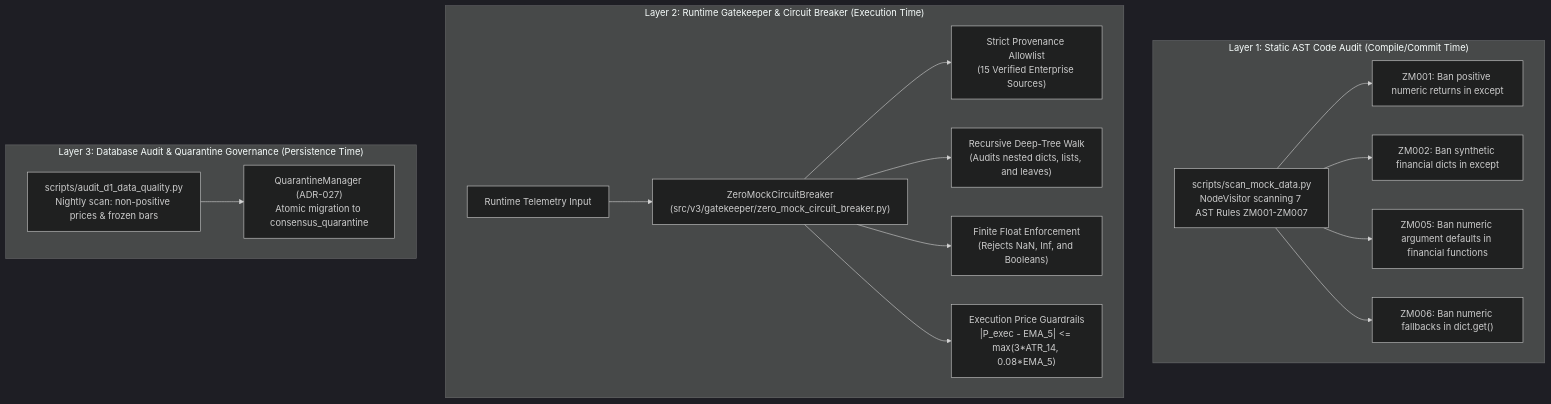
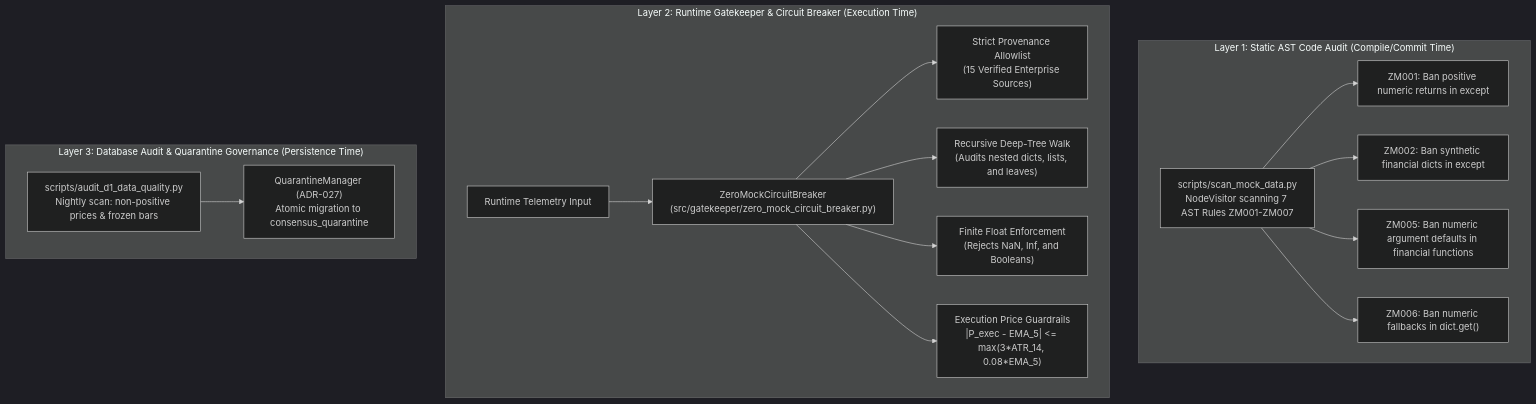
Before and after one commit to bdchang403/AI_Software_Foundations: the ninth of 11 diagrams in templates_and_resources/stories/autonomous_agentic_quant_engineering_master_guide.md, drawn with Mermaid (dark theme). The commit also changed other lines of this file and 64 other files, not shown here.

````diff
--- a/templates_and_resources/stories/autonomous_agentic_quant_engineering_master_guide.md
+++ b/templates_and_resources/stories/autonomous_agentic_quant_engineering_master_guide.md
@@ -2378,31 +2378,31 @@
 ```mermaid
 flowchart TB
     subgraph Layer1 ["Layer 1: Static AST Code Audit (Compile/Commit Time)"]
         AST_SCAN["scripts/scan_mock_data.py<br/>NodeVisitor scanning 7 AST Rules ZM001-ZM007"]
         RULE1["ZM001: Ban positive numeric returns in except"]
         RULE2["ZM002: Ban synthetic financial dicts in except"]
         RULE3["ZM005: Ban numeric argument defaults in financial functions"]
         RULE4["ZM006: Ban numeric fallbacks in dict.get()"]
         
         AST_SCAN --> RULE1 & RULE2 & RULE3 & RULE4
     end
 
     subgraph Layer2 ["Layer 2: Runtime Gatekeeper & Circuit Breaker (Execution Time)"]
         INPUT["Runtime Telemetry Input"]
-        ZMCB["ZeroMockCircuitBreaker<br/>(src/v3/gatekeeper/zero_mock_circuit_breaker.py)"]
+        ZMCB["ZeroMockCircuitBreaker<br/>(src/gatekeeper/zero_mock_circuit_breaker.py)"]
         ALLOW["Strict Provenance Allowlist<br/>(15 Verified Enterprise Sources)"]
         DEEP["Recursive Deep-Tree Walk<br/>(Audits nested dicts, lists, and leaves)"]
         NAN_CHECK["Finite Float Enforcement<br/>(Rejects NaN, Inf, and Booleans)"]
         GUARD["Execution Price Guardrails<br/>|P_exec - EMA_5| <= max(3*ATR_14, 0.08*EMA_5)"]
         
         INPUT --> ZMCB
         ZMCB --> ALLOW & DEEP & NAN_CHECK & GUARD
     end
 
     subgraph Layer3 ["Layer 3: Database Audit & Quarantine Governance (Persistence Time)"]
         D1_SCAN["scripts/audit_d1_data_quality.py<br/>Nightly scan: non-positive prices & frozen bars"]
         QM["QuarantineManager (ADR-027)<br/>Atomic migration to consensus_quarantine"]
         
         D1_SCAN --> QM
     end
 ```
````
